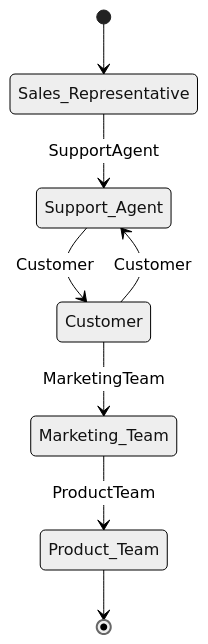
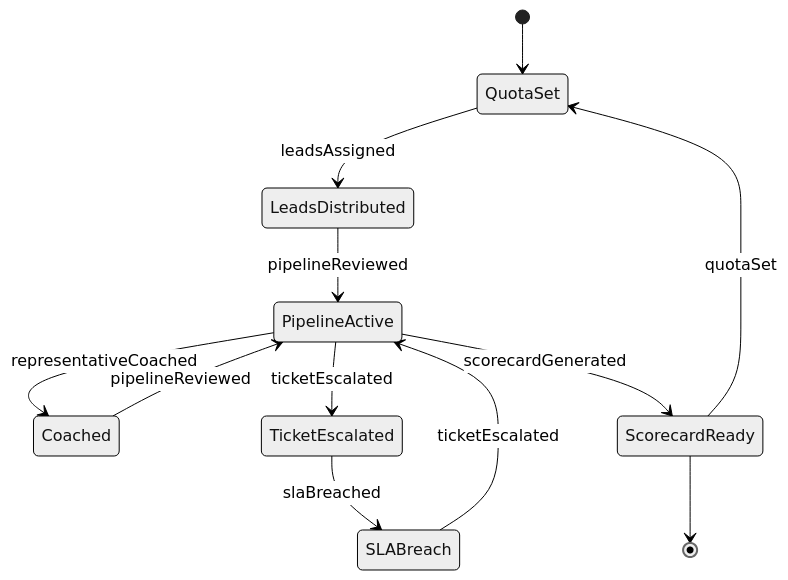
Before and after one commit to dot-org-ai/tasks.org.ai: the second of 4 diagrams in GuidingDirectingAndMotivatingSubordinates/SupervisePersonnelActivities/SuperviseSalesSupportPersonnel.mdx, drawn with Mermaid (neutral theme). The commit also changed other lines of this file and 515 other files, not shown here.

````diff
--- a/GuidingDirectingAndMotivatingSubordinates/SupervisePersonnelActivities/SuperviseSalesSupportPersonnel.mdx
+++ b/GuidingDirectingAndMotivatingSubordinates/SupervisePersonnelActivities/SuperviseSalesSupportPersonnel.mdx
@@ -100,10 +98,14 @@
 ```mermaid
 stateDiagram-v2
-    [*] --> Sales_Representative
-    Sales_Representative --> Support_Agent: SupportAgent
-    Support_Agent --> Customer: Customer
-    Customer --> Marketing_Team: MarketingTeam
-    Marketing_Team --> Product_Team: ProductTeam
-    Customer --> Support_Agent: Customer
-    Product_Team --> [*]
+    [*] --> QuotaSet
+    QuotaSet --> LeadsDistributed : leadsAssigned
+    LeadsDistributed --> PipelineActive : pipelineReviewed
+    PipelineActive --> Coached : representativeCoached
+    Coached --> PipelineActive : pipelineReviewed
+    PipelineActive --> TicketEscalated : ticketEscalated
+    TicketEscalated --> SLABreach : slaBreached
+    SLABreach --> PipelineActive : ticketEscalated
+    PipelineActive --> ScorecardReady : scorecardGenerated
+    ScorecardReady --> QuotaSet : quotaSet
+    ScorecardReady --> [*]
 ```
````
